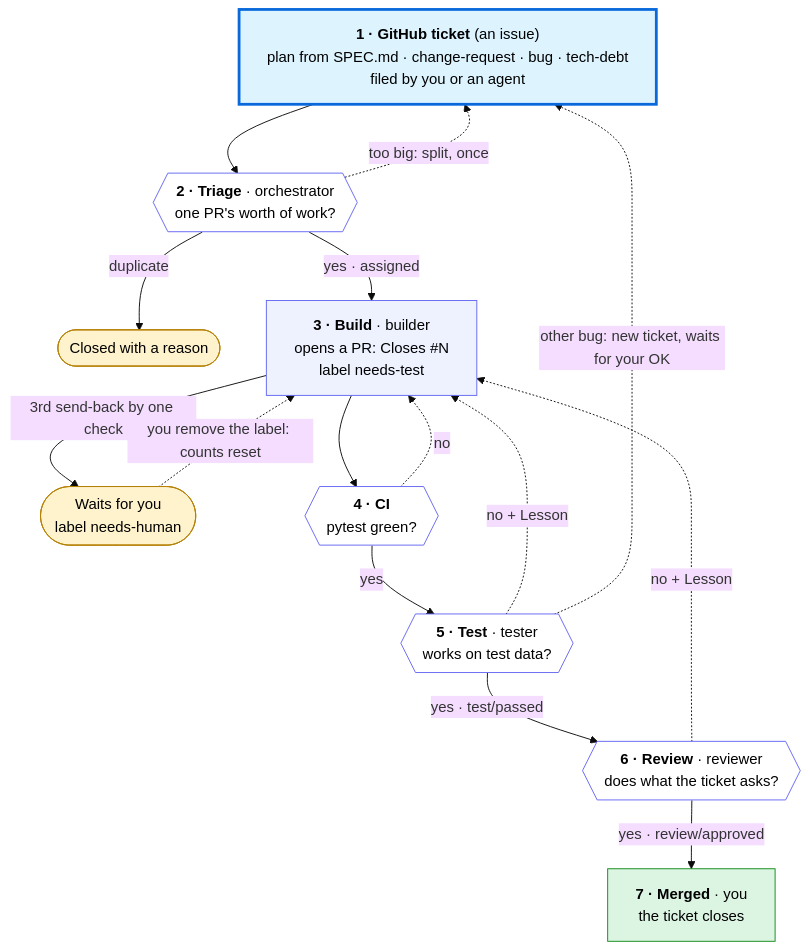
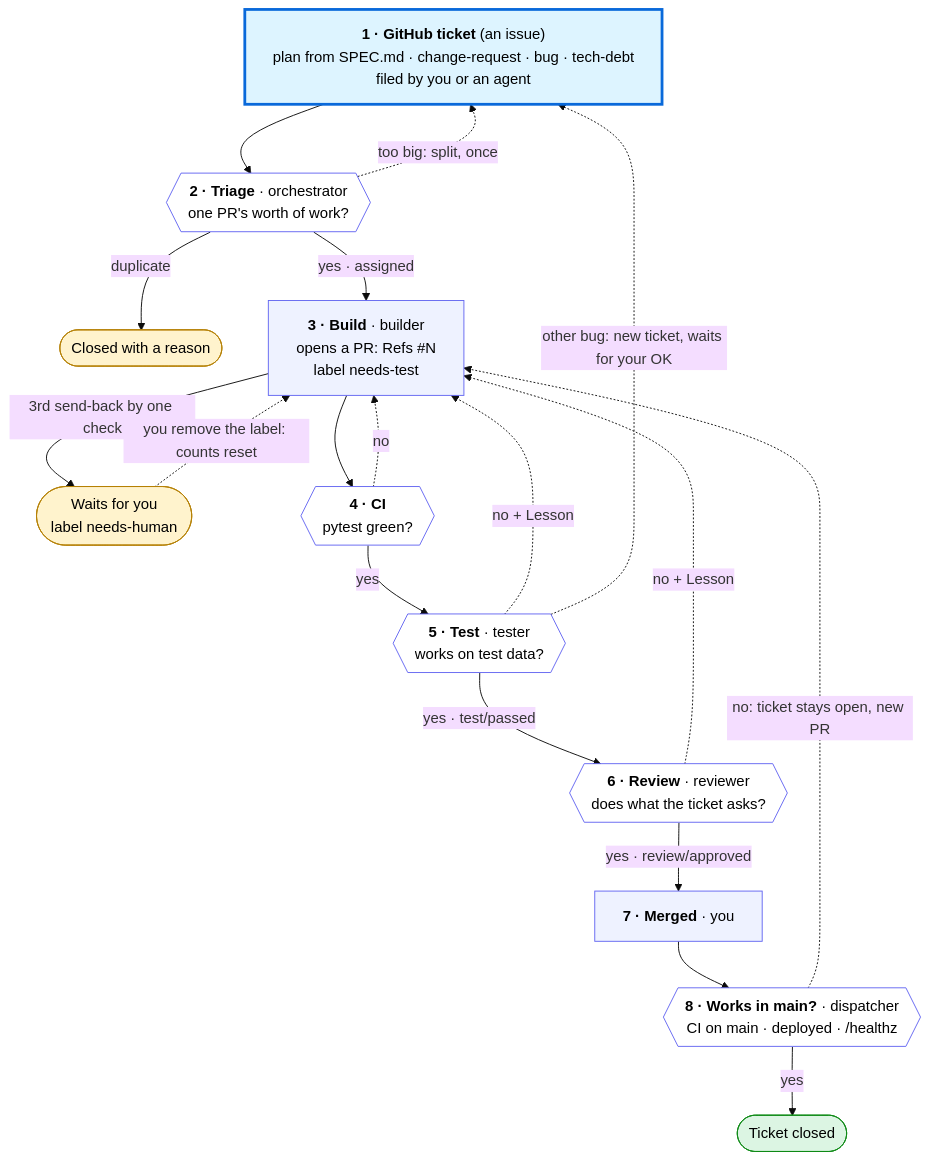
The diagram in agents/WORKFLOW.md (nikhil-kunapareddy/daily-briefing), drawn with Mermaid (base theme) before and after one commit. The commit also changed other lines of this file and 7 other files, not shown here.

First line of the commit message:
Close a ticket when it works in main, not when its PR merges

````diff
--- a/agents/WORKFLOW.md
+++ b/agents/WORKFLOW.md
@@ -11,39 +11,44 @@
 ```mermaid
 %%{init: {"flowchart": {"wrappingWidth": 440}}}%%
 flowchart TD
   T["<b>1 · GitHub ticket</b> (an issue)<br/>plan from SPEC.md · change-request · bug · tech-debt<br/>filed by you or an agent"]
   O{{"<b>2 · Triage</b> · orchestrator<br/>one PR's worth of work?"}}
   X(["Closed with a reason"])
-  B["<b>3 · Build</b> · builder<br/>opens a PR: Closes #N<br/>label needs-test"]
+  B["<b>3 · Build</b> · builder<br/>opens a PR: Refs #N<br/>label needs-test"]
   H(["Waits for you<br/>label needs-human"])
   C{{"<b>4 · CI</b><br/>pytest green?"}}
   TE{{"<b>5 · Test</b> · tester<br/>works on test data?"}}
   R{{"<b>6 · Review</b> · reviewer<br/>does what the ticket asks?"}}
-  M["<b>7 · Merged</b> · you<br/>the ticket closes"]
+  M["<b>7 · Merged</b> · you"]
+  W{{"<b>8 · Works in main?</b> · dispatcher<br/>CI on main · deployed · /healthz"}}
+  D(["Ticket closed"])
 
   T --> O
   O -->|"yes · assigned"| B
   O -->|"duplicate"| X
   O -.->|"too big: split, once"| T
   B --> C
   B -->|"3rd send-back by one check"| H
   H -.->|"you remove the label: counts reset"| B
   C -->|"yes"| TE
   C -.->|"no"| B
   TE -->|"yes · test/passed"| R
   TE -.->|"no + Lesson"| B
   TE -.->|"other bug: new ticket, waits for your OK"| T
   R -->|"yes · review/approved"| M
   R -.->|"no + Lesson"| B
+  M --> W
+  W -->|"yes"| D
+  W -.->|"no: ticket stays open, new PR"| B
 
   classDef ticket fill:#ddf4ff,stroke:#0969da,stroke-width:3px,color:#000
   classDef step fill:#eef2ff,stroke:#6366f1,color:#000
   classDef check fill:#fff,stroke:#6366f1,color:#000
   classDef done fill:#dcf5e3,stroke:#0e8a16,color:#000
   classDef side fill:#fff3cd,stroke:#b58105,color:#000
   class T ticket
-  class B step
-  class O,C,TE,R check
-  class M done
+  class B,M step
+  class O,C,TE,R,W check
+  class D done
   class X,H side
 ```
````
